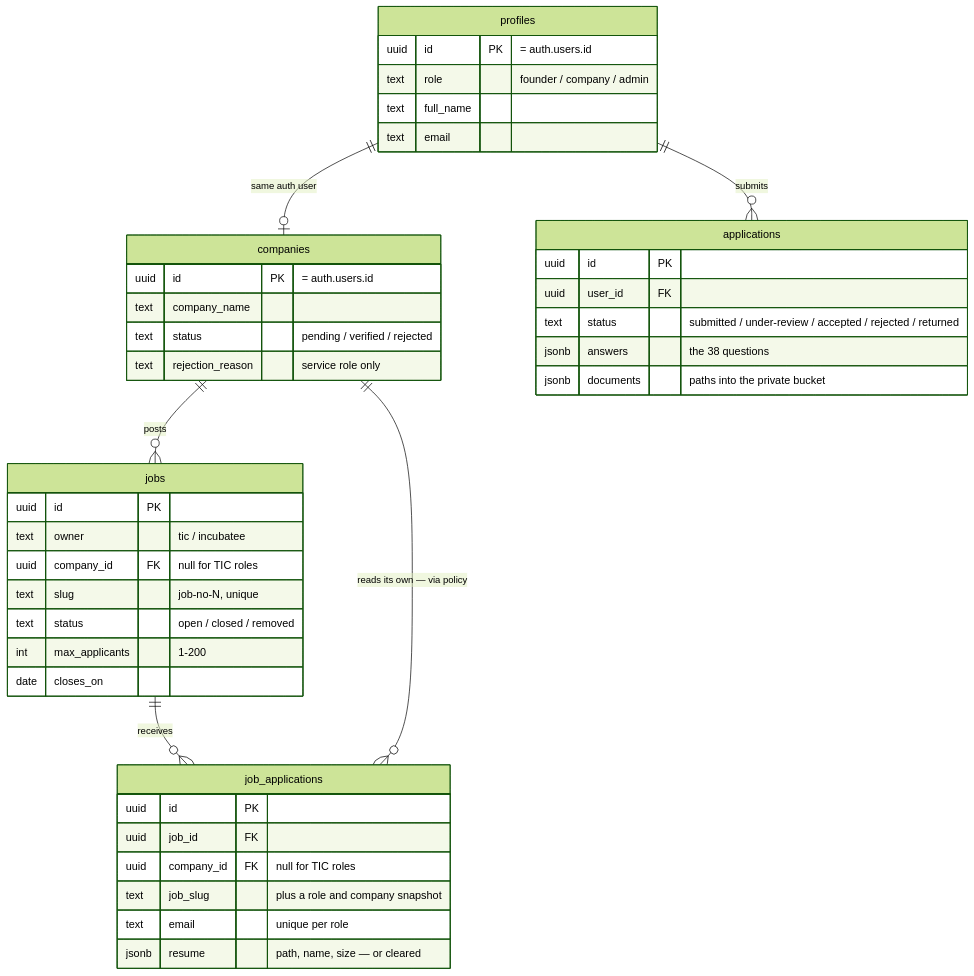
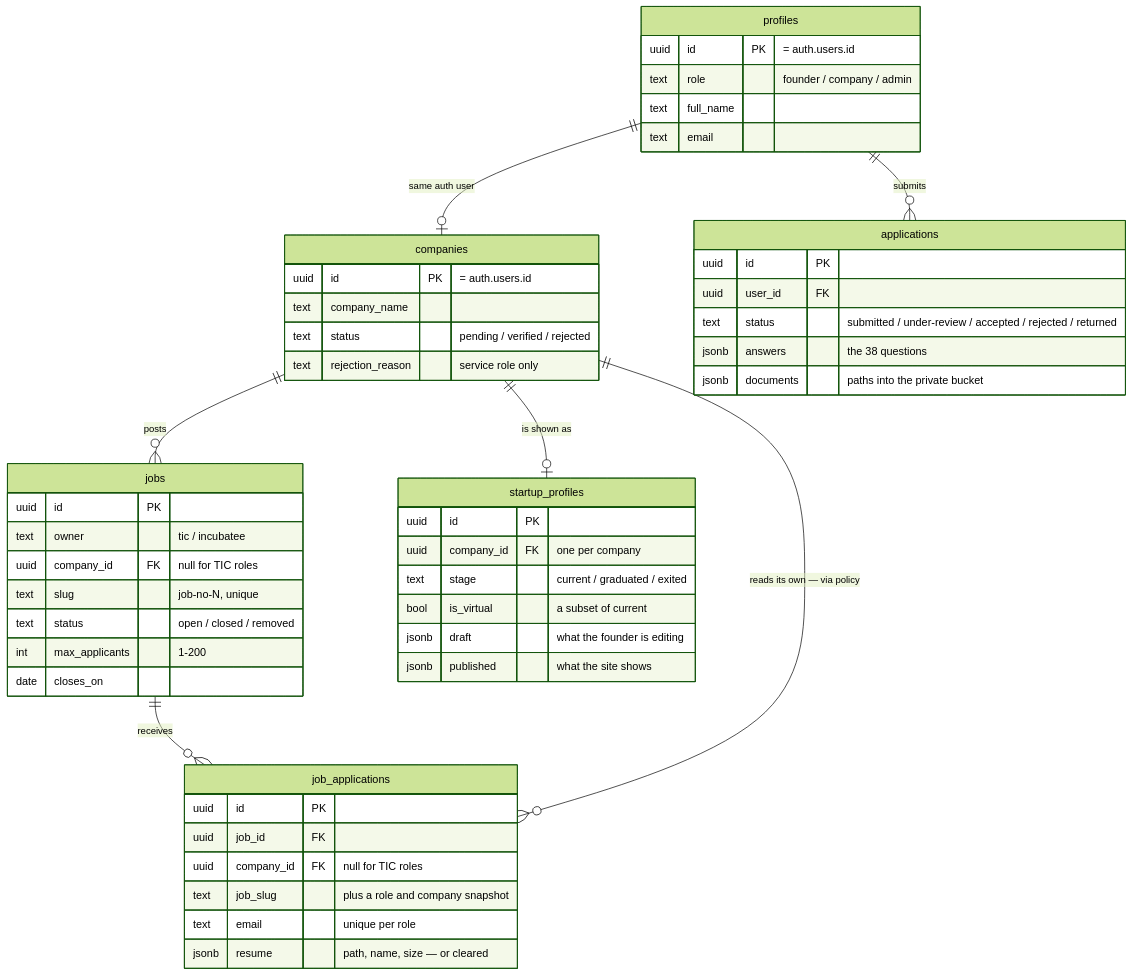
One commit to Machahary07/frontend-iitgtic changed the second of 4 diagrams in README.md. Above: the diagram before and after it, drawn with Mermaid (forest theme). The commit also changed other lines of this file and 47 other files, not shown here.

First line of the commit message:
Founder-written public profiles with three layouts; Current / Virtual / Graduated

````diff
--- a/README.md
+++ b/README.md
@@ -637,45 +642,54 @@
 ```mermaid
 erDiagram
     profiles {
         uuid id PK "= auth.users.id"
         text role "founder / company / admin"
         text full_name
         text email
     }
     companies {
         uuid id PK "= auth.users.id"
         text company_name
         text status "pending / verified / rejected"
         text rejection_reason "service role only"
     }
     jobs {
         uuid id PK
         text owner "tic / incubatee"
         uuid company_id FK "null for TIC roles"
         text slug "job-no-N, unique"
         text status "open / closed / removed"
         int max_applicants "1-200"
         date closes_on
     }
+    startup_profiles {
+        uuid id PK
+        uuid company_id FK "one per company"
+        text stage "current / graduated / exited"
+        bool is_virtual "a subset of current"
+        jsonb draft "what the founder is editing"
+        jsonb published "what the site shows"
+    }
     applications {
         uuid id PK
         uuid user_id FK
         text status "submitted / under-review / accepted / rejected / returned"
         jsonb answers "the 38 questions"
         jsonb documents "paths into the private bucket"
     }
     job_applications {
         uuid id PK
         uuid job_id FK
         uuid company_id FK "null for TIC roles"
         text job_slug "plus a role and company snapshot"
         text email "unique per role"
         jsonb resume "path, name, size — or cleared"
     }
 
     profiles ||--o| companies : "same auth user"
     companies ||--o{ jobs : "posts"
+    companies ||--o| startup_profiles : "is shown as"
     profiles ||--o{ applications : "submits"
     jobs ||--o{ job_applications : "receives"
     companies ||--o{ job_applications : "reads its own — via policy"
 ```
````
